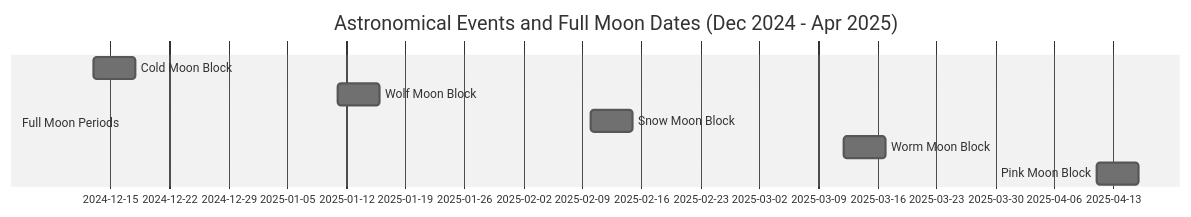
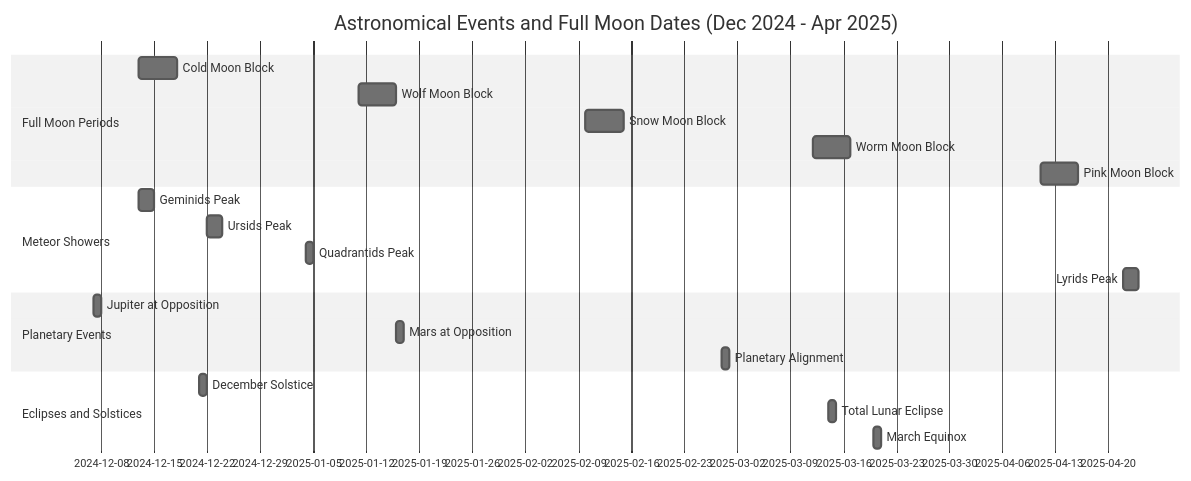
One commit to upyesp/aas changed the third of 3 diagrams in slides/Slides.md. Above: the diagram before and after it, drawn with Mermaid (neutral theme). The commit also changed other lines of this file, not shown here.

Commit message:
flow fix and full schedule

```diff
--- a/slides/Slides.md
+++ b/slides/Slides.md
@@ -157,11 +158,24 @@
 <div class="mermaid">
 gantt
     title Astronomical Events and Full Moon Dates (Dec 2024 - Apr 2025)
     dateFormat  YYYY-MM-DD
     section Full Moon Periods
       Cold Moon Block        :blocked1, 2024-12-13, 5d
       Wolf Moon Block        :blocked2, 2025-01-11, 5d
       Snow Moon Block        :blocked3, 2025-02-10, 5d
       Worm Moon Block        :blocked4, 2025-03-12, 5d
       Pink Moon Block        :blocked5, 2025-04-11, 5d
+    section Meteor Showers
+      Geminids Peak          :ms1, 2024-12-13, 2d
+      Ursids Peak            :ms2, 2024-12-22, 2d
+      Quadrantids Peak       :ms3, 2025-01-04, 1d
+      Lyrids Peak            :ms4, 2025-04-22, 2d
+    section Planetary Events
+      Jupiter at Opposition  :pe1, 2024-12-07, 1d
+      Mars at Opposition     :pe2, 2025-01-16, 1d
+      Planetary Alignment    :pe3, 2025-02-28, 1d
+    section Eclipses and Solstices
+      December Solstice      :solstice, 2024-12-21, 1d
+      Total Lunar Eclipse    :eclipse, 2025-03-14, 1d
+      March Equinox          :equinox, 2025-03-20, 1d
 </div>
```
